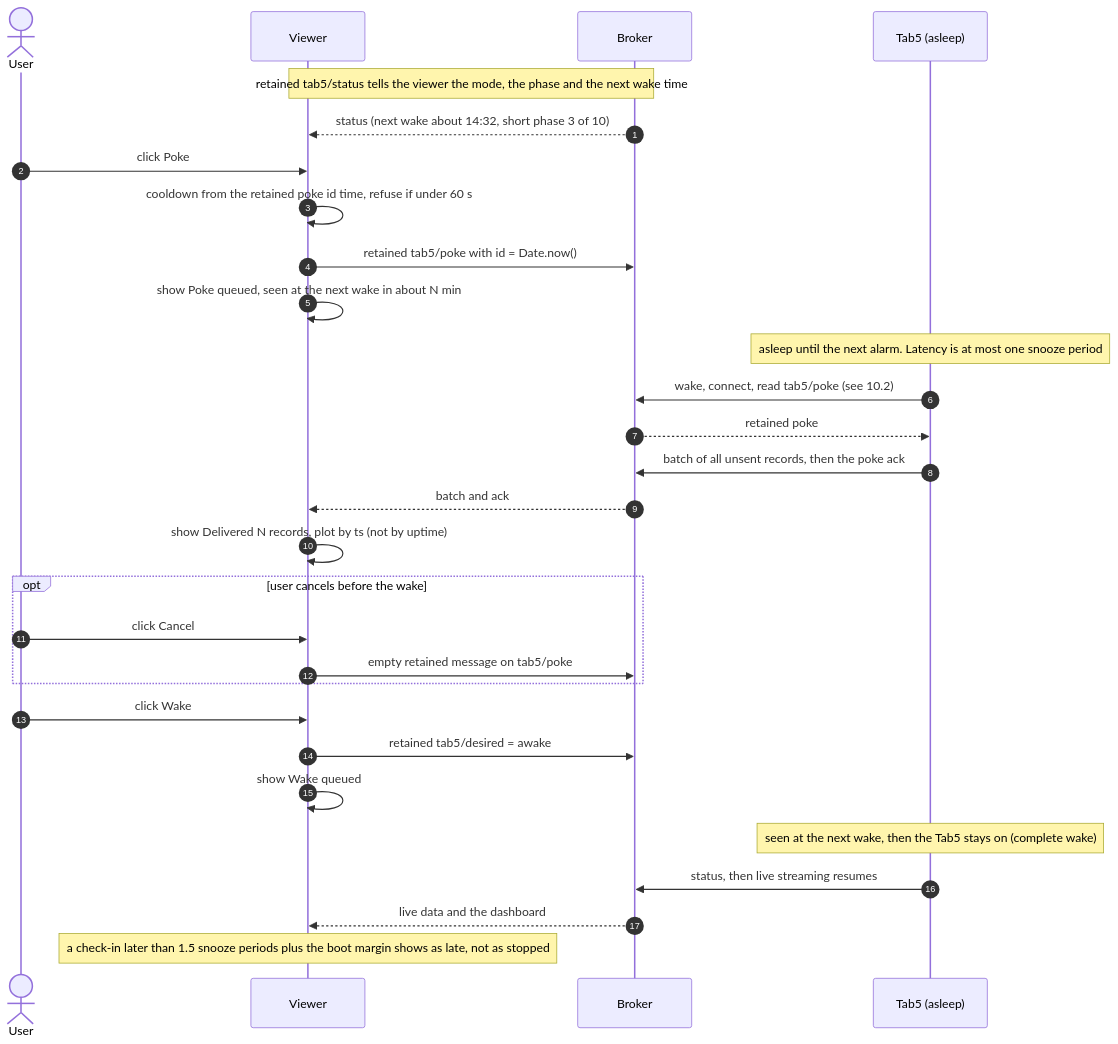
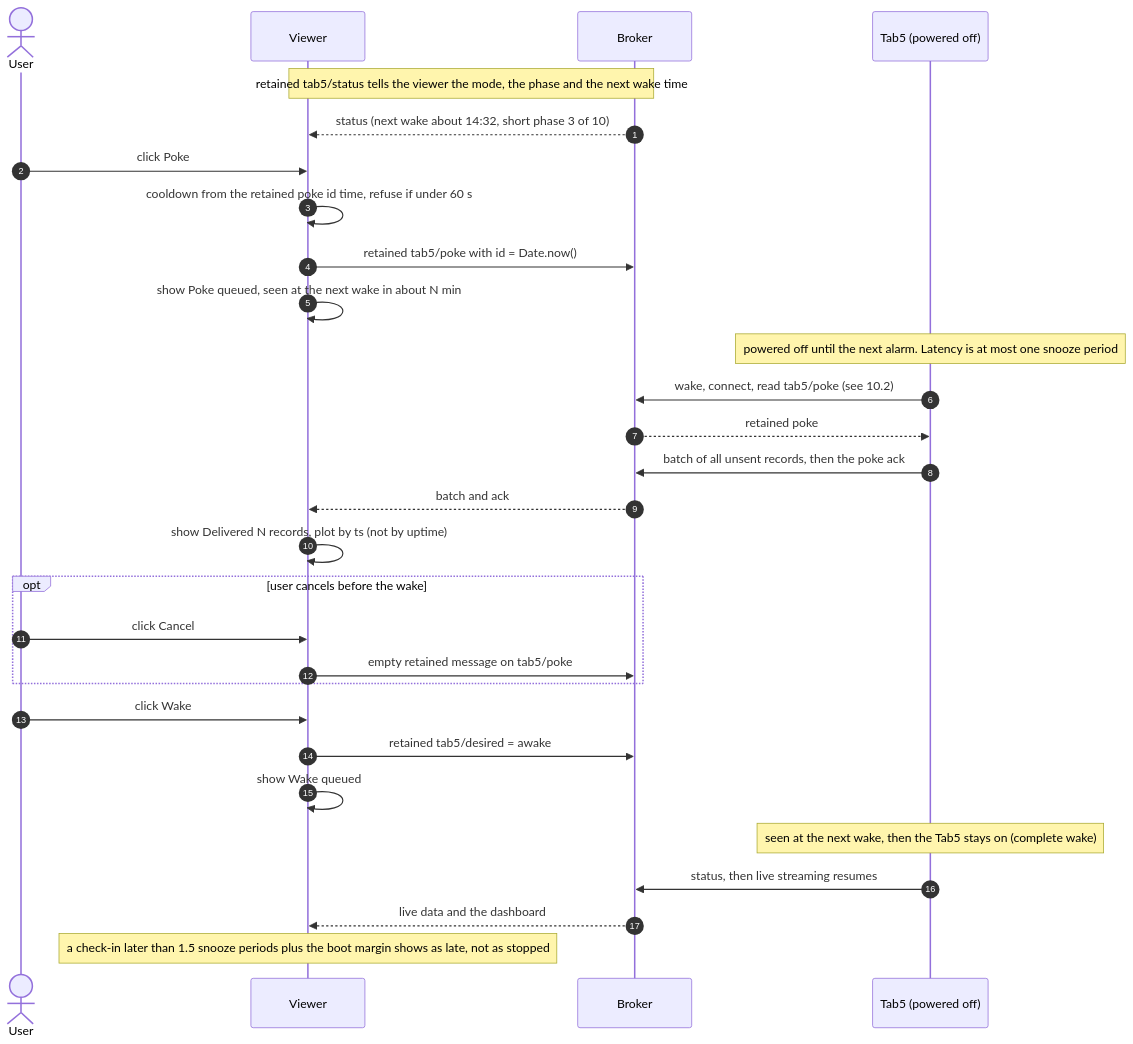
Before and after one commit to arunkumar-mourougappane/esp32-mqtt-experiments: the third of 3 diagrams in docs/low-power-mode.md, drawn with Mermaid. The commit also changed other lines of this file, not shown here.

````diff
--- a/docs/low-power-mode.md
+++ b/docs/low-power-mode.md
@@ -379,37 +884,37 @@
 ```mermaid
 sequenceDiagram
     autonumber
     actor U as User
     participant V as Viewer
     participant B as Broker
-    participant T as Tab5 (asleep)
+    participant T as Tab5 (powered off)
 
     Note over B,V: retained tab5/status tells the viewer the mode, the phase and the next wake time
     B-->>V: status (next wake about 14:32, short phase 3 of 10)
 
     U->>V: click Poke
     V->>V: cooldown from the retained poke id time, refuse if under 60 s
     V->>B: retained tab5/poke with id = Date.now()
     V->>V: show Poke queued, seen at the next wake in about N min
 
-    Note over T: asleep until the next alarm. Latency is at most one snooze period
+    Note over T: powered off until the next alarm. Latency is at most one snooze period
     T->>B: wake, connect, read tab5/poke (see 10.2)
     B-->>T: retained poke
     T->>B: batch of all unsent records, then the poke ack
     B-->>V: batch and ack
     V->>V: show Delivered N records, plot by ts (not by uptime)
 
     opt user cancels before the wake
         U->>V: click Cancel
         V->>B: empty retained message on tab5/poke
     end
 
     U->>V: click Wake
     V->>B: retained tab5/desired = awake
     V->>V: show Wake queued
     Note over T: seen at the next wake, then the Tab5 stays on (complete wake)
     T->>B: status, then live streaming resumes
     B-->>V: live data and the dashboard
 
     Note over V: a check-in later than 1.5 snooze periods plus the boot margin shows as late, not as stopped
 ```
````
